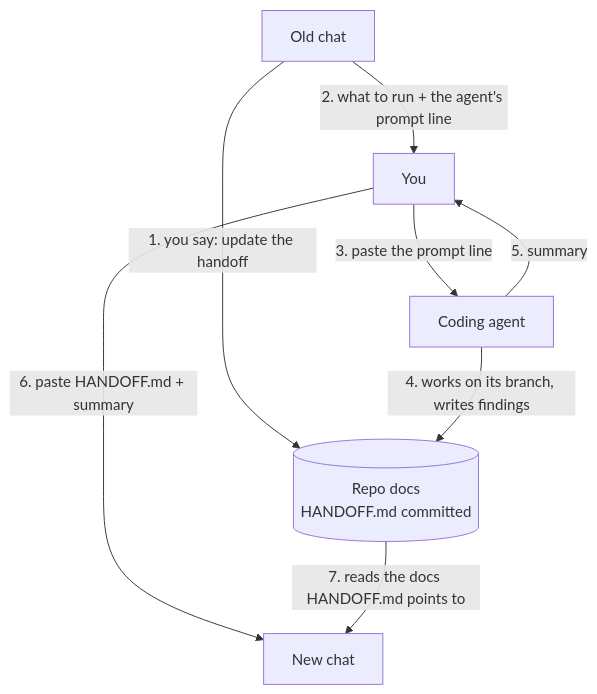
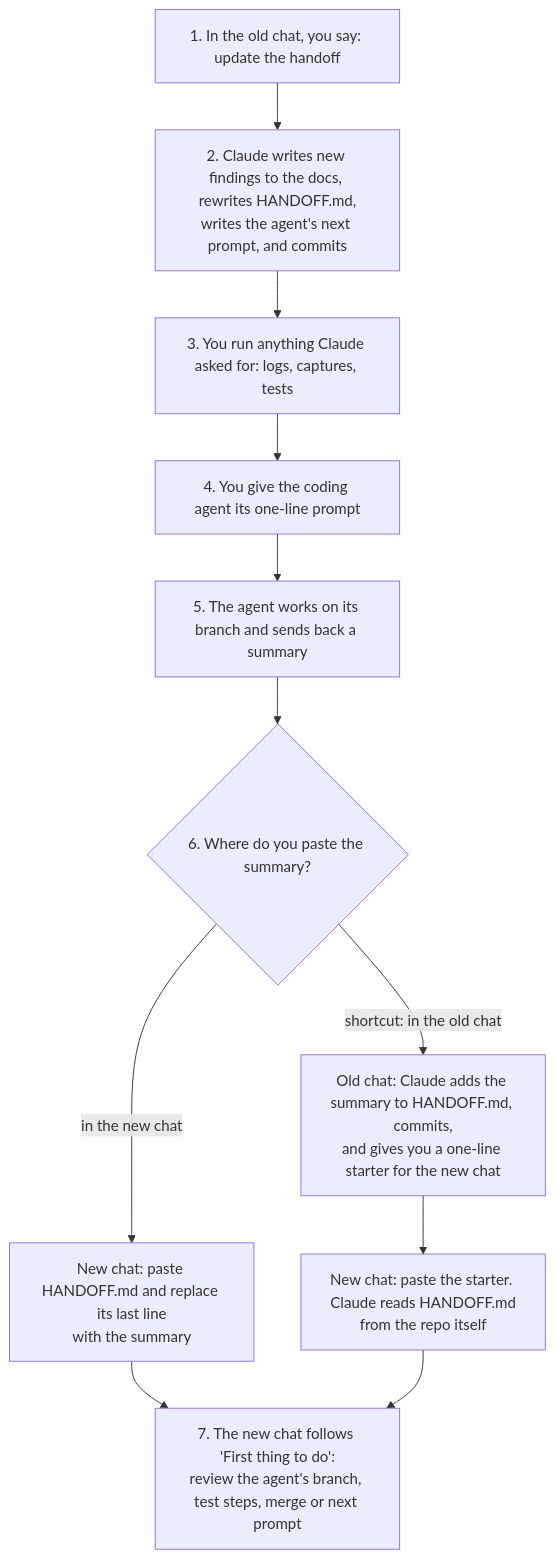
The second of 2 diagrams in README.md (Trooper-code/Trooper-s-Coordinator-Skills), drawn with Mermaid before and after one commit.

Commit message:
README: redraw the handoff diagram as the actual routine
The previous diagram mixed actors and data flow and implied the new chat reads the
repo alongside a paste. It now shows the real steps in order: update the handoff, run
logs/captures, give the agent its prompt, then paste the summary into the new chat or
(shortcut) the old chat, ending with the review.

Claude-Session: https://claude.ai/code/session_01D2PpjsM534Wnt64Qc3f7qF

````diff
--- a/README.md
+++ b/README.md
@@ -56,10 +56,16 @@
 ```mermaid
 flowchart TD
-    O["Old chat"] -->|"1. you say: update the handoff"| R[("Repo docs<br/>HANDOFF.md committed")]
-    O -->|"2. what to run + the agent's prompt line"| Y["You"]
-    Y -->|"3. paste the prompt line"| A["Coding agent"]
-    A -->|"4. works on its branch, writes findings"| R
-    A -->|"5. summary"| Y
-    Y -->|"6. paste HANDOFF.md + summary"| N["New chat"]
-    R -->|"7. reads the docs HANDOFF.md points to"| N
+    S1["1. In the old chat, you say: update the handoff"]
+    S2["2. Claude writes new findings to the docs, rewrites HANDOFF.md,<br/>writes the agent's next prompt, and commits"]
+    S3["3. You run anything Claude asked for: logs, captures, tests"]
+    S4["4. You give the coding agent its one-line prompt"]
+    S5["5. The agent works on its branch and sends back a summary"]
+    Q{"6. Where do you paste the summary?"}
+    N1["New chat: paste HANDOFF.md and replace its last line<br/>with the summary"]
+    O1["Old chat: Claude adds the summary to HANDOFF.md, commits,<br/>and gives you a one-line starter for the new chat"]
+    O2["New chat: paste the starter. Claude reads HANDOFF.md<br/>from the repo itself"]
+    S7["7. The new chat follows 'First thing to do':<br/>review the agent's branch, test steps, merge or next prompt"]
+    S1 --> S2 --> S3 --> S4 --> S5 --> Q
+    Q -->|"in the new chat"| N1 --> S7
+    Q -->|"shortcut: in the old chat"| O1 --> O2 --> S7
 ```
````
